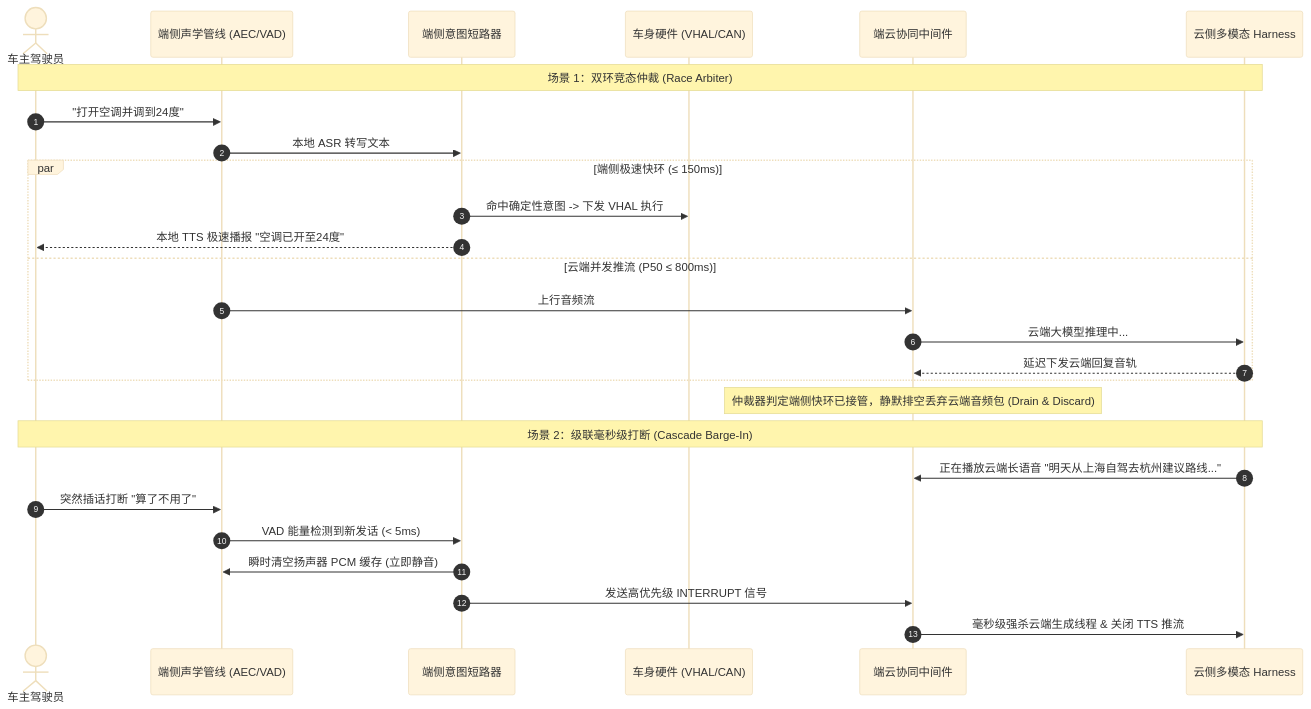
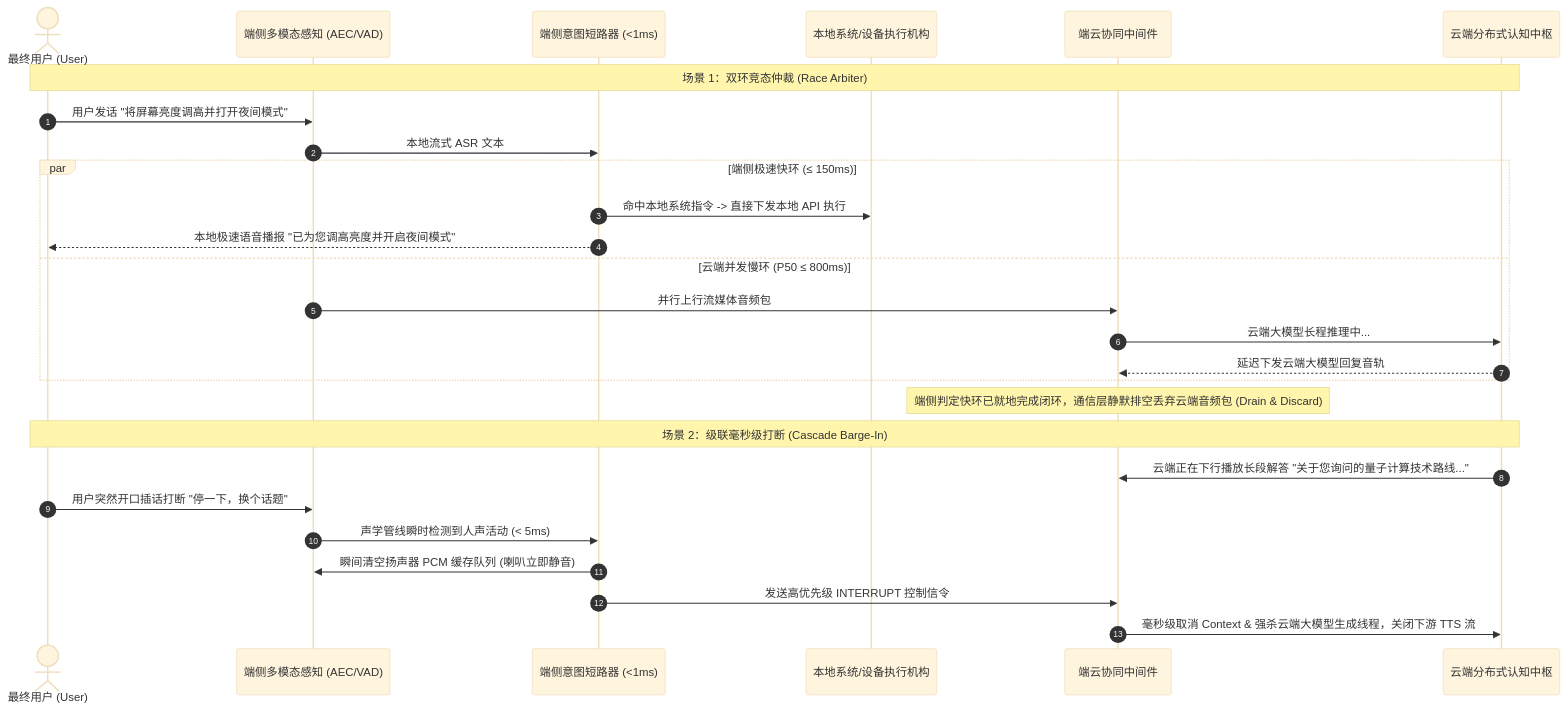
Before and after one commit to feixiao/FastAvatar: the second of 2 diagrams in docs/ai-agent-harness-architecture.md, drawn with Mermaid (base theme). The commit also changed other lines of this file, not shown here.

First line of the commit message:
Refactor ai-agent-harness-architecture.md into truly universal AI Agent Harness whitepaper covering desktop, mobile, edge robotics, and smart vehicles

````diff
--- a/docs/ai-agent-harness-architecture.md
+++ b/docs/ai-agent-harness-architecture.md
@@ -253,31 +259,31 @@
 ```mermaid
 sequenceDiagram
     autonumber
-    actor Driver as 车主驾驶员
-    participant EdgeAudio as 端侧声学管线 (AEC/VAD)
-    participant EdgeArbiter as 端侧意图短路器
-    participant EdgeVehicle as 车身硬件 (VHAL/CAN)
+    actor User as 最终用户 (User)
+    participant EdgePerception as 端侧多模态感知 (AEC/VAD)
+    participant EdgeArbiter as 端侧意图短路器 (<1ms)
+    participant EdgeActuator as 本地系统/设备执行机构
     participant CollabLayer as 端云协同中间件
-    participant CloudHarness as 云侧多模态 Harness
+    participant CloudHarness as 云端分布式认知中枢
 
-    Note over Driver,CloudHarness: 场景 1：双环竞态仲裁 (Race Arbiter)
-    Driver->>EdgeAudio: "打开空调并调到24度"
-    EdgeAudio->>EdgeArbiter: 本地 ASR 转写文本
+    Note over User,CloudHarness: 场景 1：双环竞态仲裁 (Race Arbiter)
+    User->>EdgePerception: 用户发话 "将屏幕亮度调高并打开夜间模式"
+    EdgePerception->>EdgeArbiter: 本地流式 ASR 文本
     par 端侧极速快环 (≤ 150ms)
-        EdgeArbiter->>EdgeVehicle: 命中确定性意图 -> 下发 VHAL 执行
-        EdgeArbiter-->>Driver: 本地 TTS 极速播报 "空调已开至24度"
-    and 云端并发推流 (P50 ≤ 800ms)
-        EdgeAudio->>CollabLayer: 上行音频流
-        CollabLayer->>CloudHarness: 云端大模型推理中...
-        CloudHarness-->>CollabLayer: 延迟下发云端回复音轨
+        EdgeArbiter->>EdgeActuator: 命中本地系统指令 -> 直接下发本地 API 执行
+        EdgeArbiter-->>User: 本地极速语音播报 "已为您调高亮度并开启夜间模式"
+    and 云端并发慢环 (P50 ≤ 800ms)
+        EdgePerception->>CollabLayer: 并行上行流媒体音频包
+        CollabLayer->>CloudHarness: 云端大模型长程推理中...
+        CloudHarness-->>CollabLayer: 延迟下发云端大模型回复音轨
     end
-    Note over CollabLayer: 仲裁器判定端侧快环已接管，静默排空丢弃云端音频包 (Drain & Discard)
+    Note over CollabLayer: 端侧判定快环已就地完成闭环，通信层静默排空丢弃云端音频包 (Drain & Discard)
 
-    Note over Driver,CloudHarness: 场景 2：级联毫秒级打断 (Cascade Barge-In)
-    CloudHarness->>CollabLayer: 正在播放云端长语音 "明天从上海自驾去杭州建议路线..."
-    Driver->>EdgeAudio: 突然插话打断 "算了不用了"
-    EdgeAudio->>EdgeArbiter: VAD 能量检测到新发话 (< 5ms)
-    EdgeArbiter->>EdgeAudio: 瞬时清空扬声器 PCM 缓存 (立即静音)
-    EdgeArbiter->>CollabLayer: 发送高优先级 INTERRUPT 信号
-    CollabLayer->>CloudHarness: 毫秒级强杀云端生成线程 & 关闭 TTS 推流
+    Note over User,CloudHarness: 场景 2：级联毫秒级打断 (Cascade Barge-In)
+    CloudHarness->>CollabLayer: 云端正在下行播放长段解答 "关于您询问的量子计算技术路线..."
+    User->>EdgePerception: 用户突然开口插话打断 "停一下，换个话题"
+    EdgePerception->>EdgeArbiter: 声学管线瞬时检测到人声活动 (< 5ms)
+    EdgeArbiter->>EdgePerception: 瞬间清空扬声器 PCM 缓存队列 (喇叭立即静音)
+    EdgeArbiter->>CollabLayer: 发送高优先级 INTERRUPT 控制信令
+    CollabLayer->>CloudHarness: 毫秒级取消 Context & 强杀云端大模型生成线程，关闭下游 TTS 流
 ```
````
